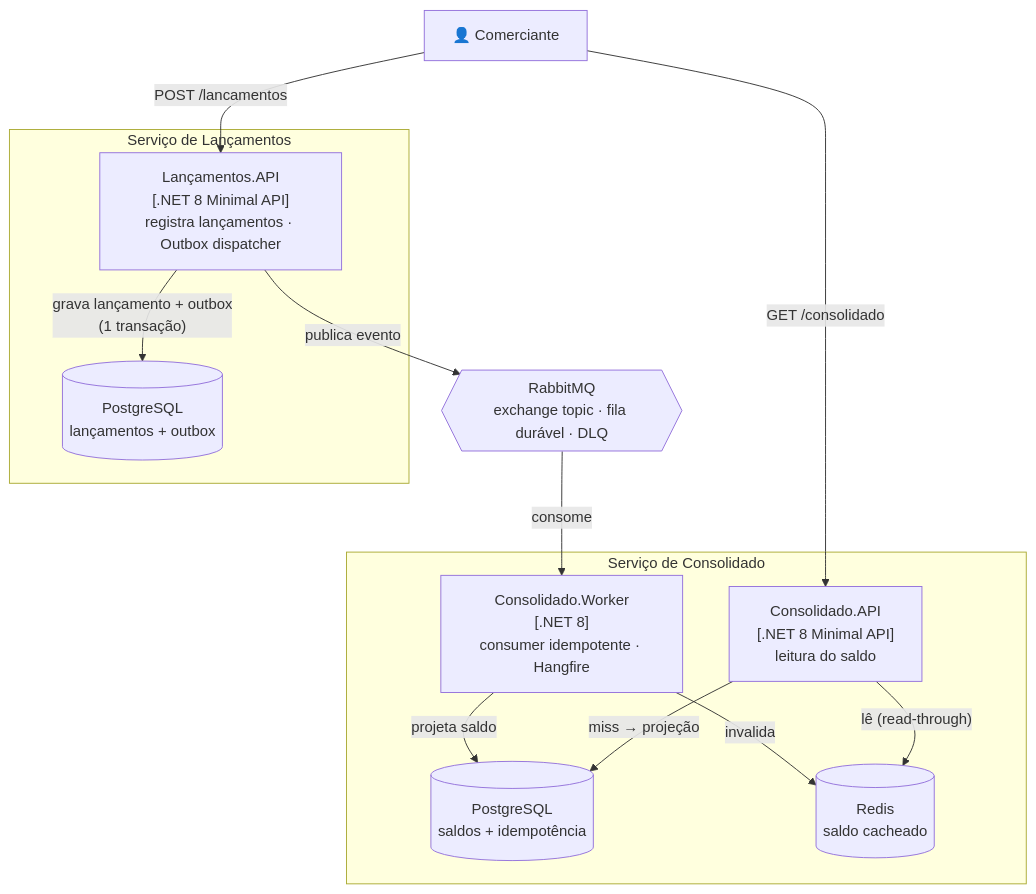
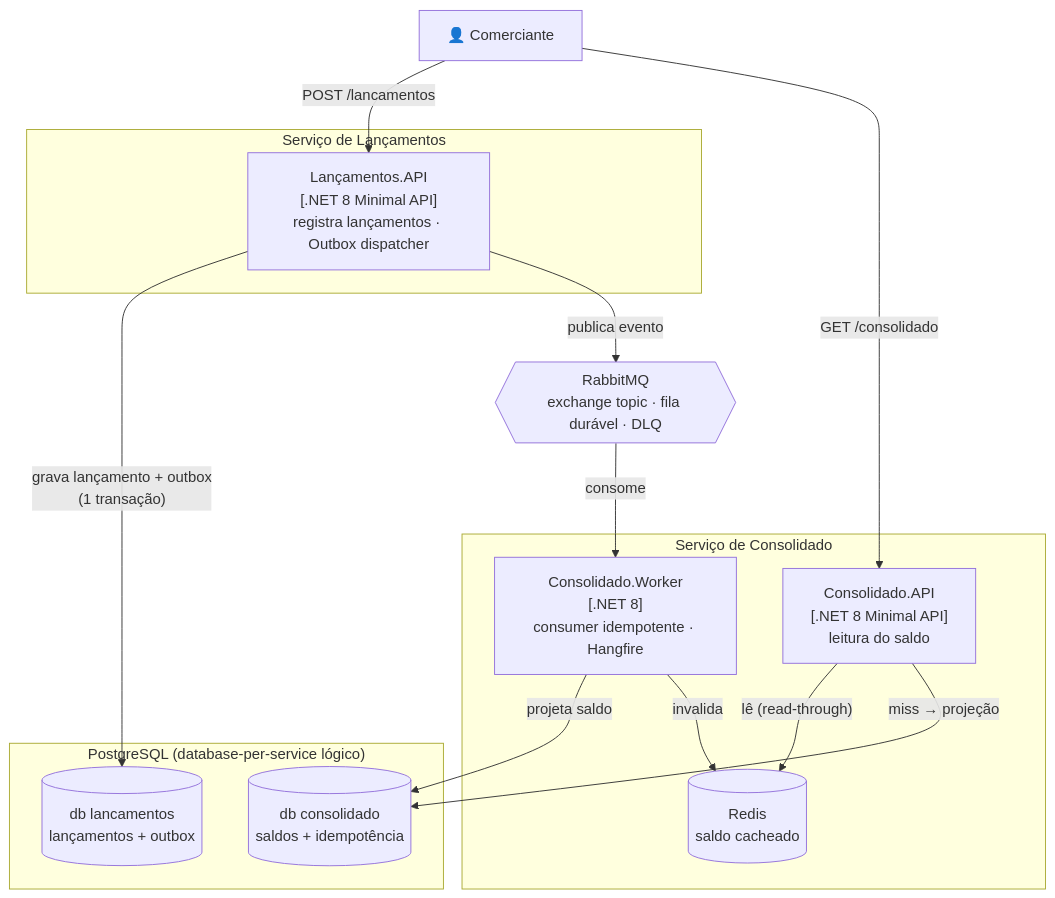
One commit to codingwithrenato/desafio-arquiteto-fluxo-de-caixa changed the second of 6 diagrams in docs/architecture.md. Above: the diagram before and after it, drawn with Mermaid. The commit also changed other lines of this file and 6 other files, not shown here.

First line of the commit message:
refactor(infra): unificar em um único PostgreSQL com dois bancos (database-per-service lógico)

````diff
--- a/docs/architecture.md
+++ b/docs/architecture.md
@@ -40,28 +40,31 @@
 ```mermaid
 flowchart TB
     cliente["👤 Comerciante"]
 
     subgraph svcLanc["Serviço de Lançamentos"]
         apiL["Lançamentos.API<br/>[.NET 8 Minimal API]<br/>registra lançamentos · Outbox dispatcher"]
-        dbL[("PostgreSQL<br/>lançamentos + outbox")]
     end
 
     broker{{"RabbitMQ<br/>exchange topic · fila durável · DLQ"}}
 
     subgraph svcCons["Serviço de Consolidado"]
         worker["Consolidado.Worker<br/>[.NET 8]<br/>consumer idempotente · Hangfire"]
         apiC["Consolidado.API<br/>[.NET 8 Minimal API]<br/>leitura do saldo"]
-        dbC[("PostgreSQL<br/>saldos + idempotência")]
         cache[("Redis<br/>saldo cacheado")]
+    end
+
+    subgraph pg["PostgreSQL (database-per-service lógico)"]
+        dbL[("db lancamentos<br/>lançamentos + outbox")]
+        dbC[("db consolidado<br/>saldos + idempotência")]
     end
 
     cliente -->|"POST /lancamentos"| apiL
     cliente -->|"GET /consolidado"| apiC
     apiL -->|"grava lançamento + outbox<br/>(1 transação)"| dbL
     apiL -->|"publica evento"| broker
     broker -->|"consome"| worker
     worker -->|"projeta saldo"| dbC
     worker -->|"invalida"| cache
     apiC -->|"lê (read-through)"| cache
     apiC -->|"miss → projeção"| dbC
 ```
````
